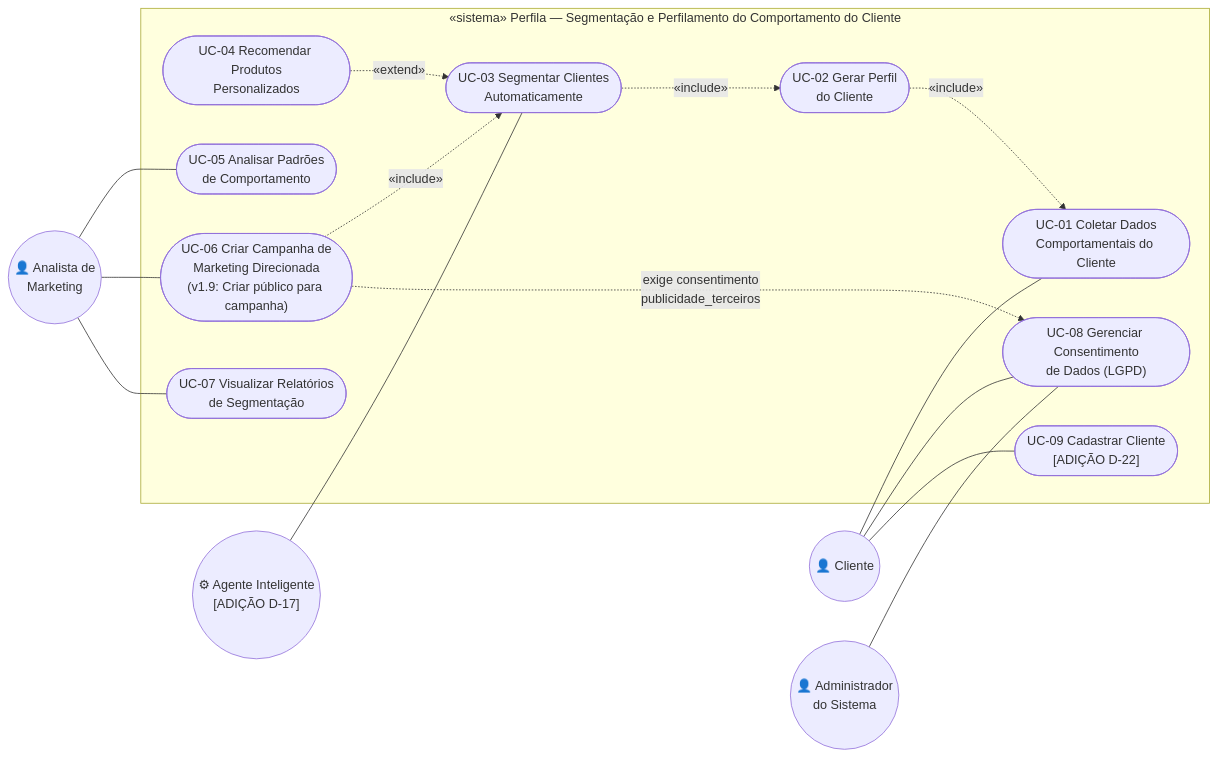
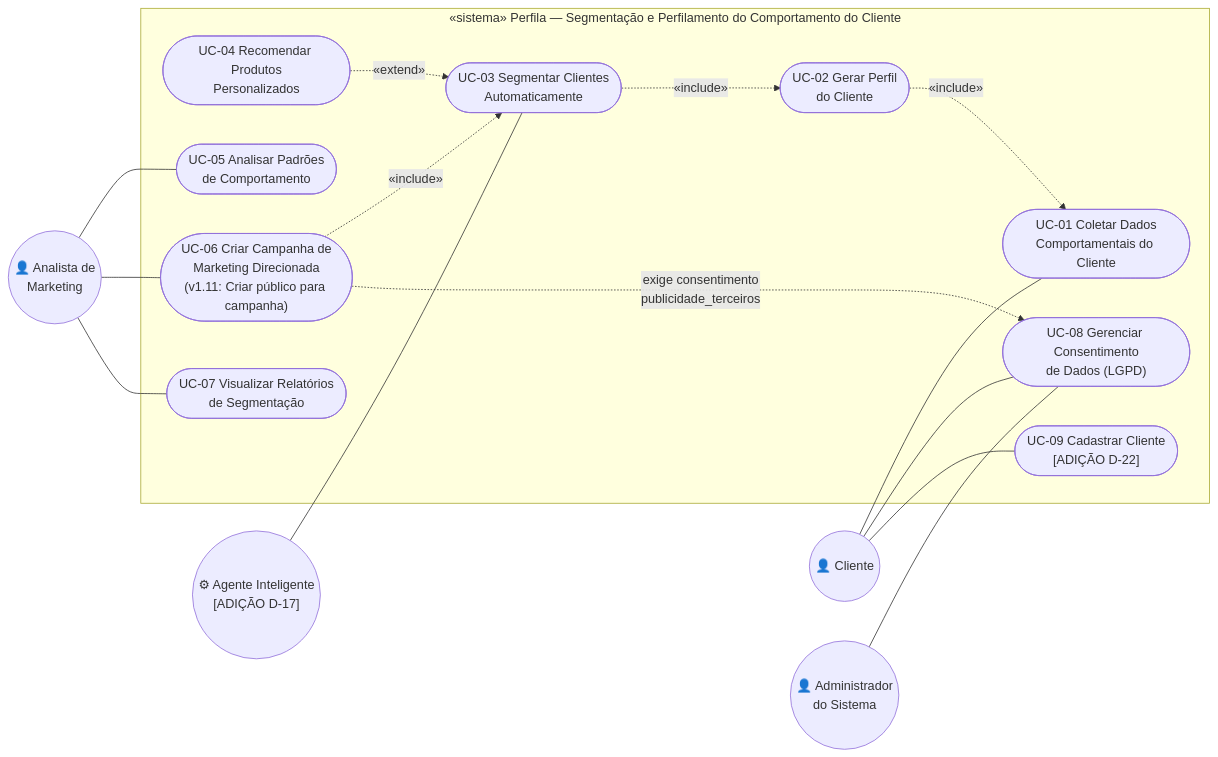
The diagram in docs/uml/UML1_casos_de_uso.md (sthefanyblima/perfila), drawn with Mermaid before and after one commit. The commit also changed other lines of this file and 54 other files, not shown here.

````diff
--- a/docs/uml/UML1_casos_de_uso.md
+++ b/docs/uml/UML1_casos_de_uso.md
@@ -10,34 +10,34 @@
 ```mermaid
 flowchart LR
   cliente(("👤 Cliente"))
   analista(("👤 Analista de<br/>Marketing"))
   admin(("👤 Administrador<br/>do Sistema"))
   agente(("⚙ Agente Inteligente<br/>[ADIÇÃO D-17]"))
 
   subgraph sistema["«sistema» Perfila — Segmentação e Perfilamento do Comportamento do Cliente"]
     UC01(["UC-01 Coletar Dados<br/>Comportamentais do Cliente"])
     UC02(["UC-02 Gerar Perfil<br/>do Cliente"])
     UC03(["UC-03 Segmentar Clientes<br/>Automaticamente"])
     UC04(["UC-04 Recomendar Produtos<br/>Personalizados"])
     UC05(["UC-05 Analisar Padrões<br/>de Comportamento"])
-    UC06(["UC-06 Criar Campanha de<br/>Marketing Direcionada<br/>(v1.9: Criar público para campanha)"])
+    UC06(["UC-06 Criar Campanha de<br/>Marketing Direcionada<br/>(v1.11: Criar público para campanha)"])
     UC07(["UC-07 Visualizar Relatórios<br/>de Segmentação"])
     UC08(["UC-08 Gerenciar Consentimento<br/>de Dados (LGPD)"])
     UC09(["UC-09 Cadastrar Cliente<br/>[ADIÇÃO D-22]"])
   end
 
   cliente --- UC01
   cliente --- UC08
   cliente --- UC09
   admin --- UC08
   agente --- UC03
   analista --- UC05
   analista --- UC06
   analista --- UC07
 
   UC02 -. "«include»" .-> UC01
   UC03 -. "«include»" .-> UC02
   UC04 -. "«extend»" .-> UC03
   UC06 -. "«include»" .-> UC03
   UC06 -. "exige consentimento<br/>publicidade_terceiros" .-> UC08
 ```
````
